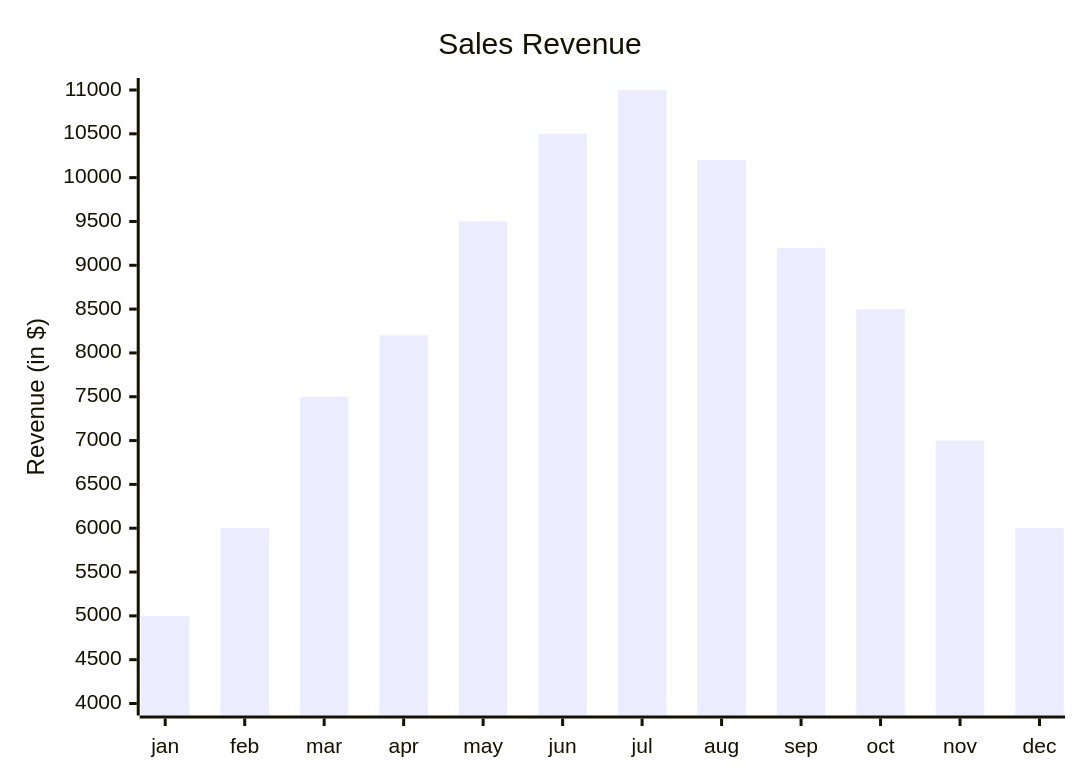
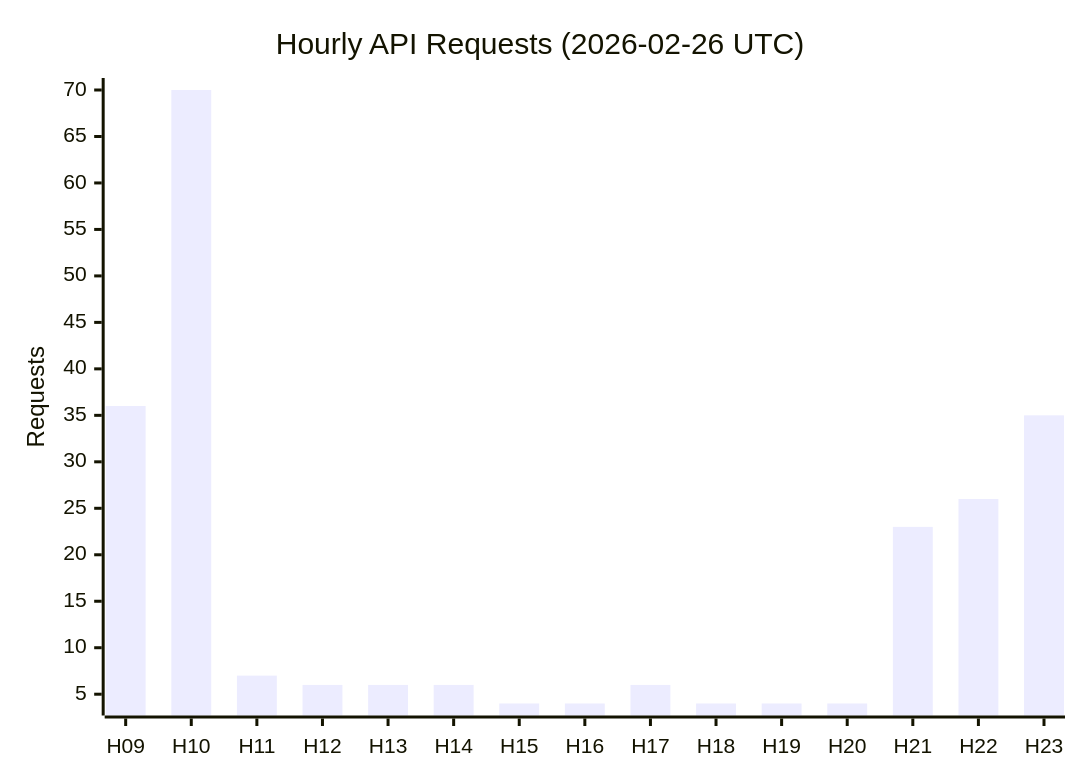
Before and after one commit to gormantec/openclaw_reports: the second of 2 diagrams in reports/2026-02-27/USAGE_REPORT.md, drawn with Mermaid. The commit also changed other lines of this file, not shown here.

````diff
--- a/reports/2026-02-27/USAGE_REPORT.md
+++ b/reports/2026-02-27/USAGE_REPORT.md
@@ -30,8 +27,7 @@
 ```mermaid
 xychart
-    title "Sales Revenue"
-    x-axis [jan, feb, mar, apr, may, jun, jul, aug, sep, oct, nov, dec]
-    y-axis "Revenue (in $)" 4000 --> 11000
-    bar [5000, 6000, 7500, 8200, 9500, 10500, 11000, 10200, 9200, 8500, 7000, 6000]
-
+    title "Hourly API Requests (2026-02-26 UTC)"
+    x-axis [H09, H10, H11, H12, H13, H14, H15, H16, H17, H18, H19, H20, H21, H22, H23]
+    y-axis "Requests"
+    bar [36, 70, 7, 6, 6, 6, 4, 4, 6, 4, 4, 4, 23, 26, 35]
 ```
````
